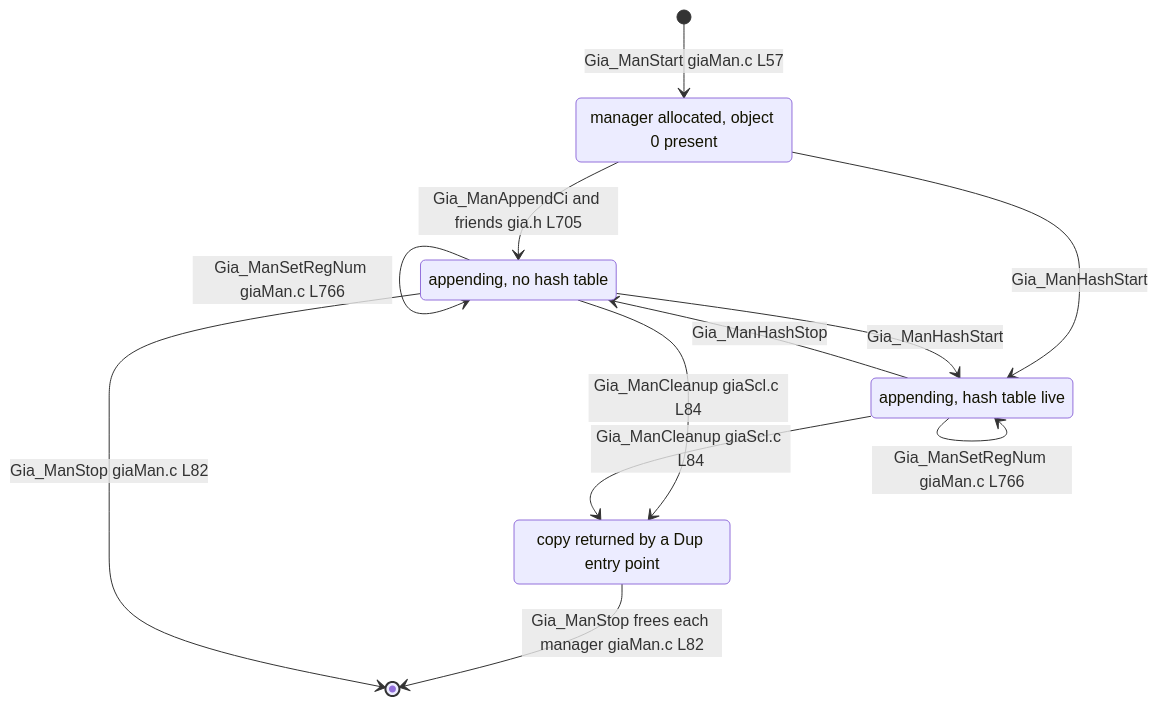
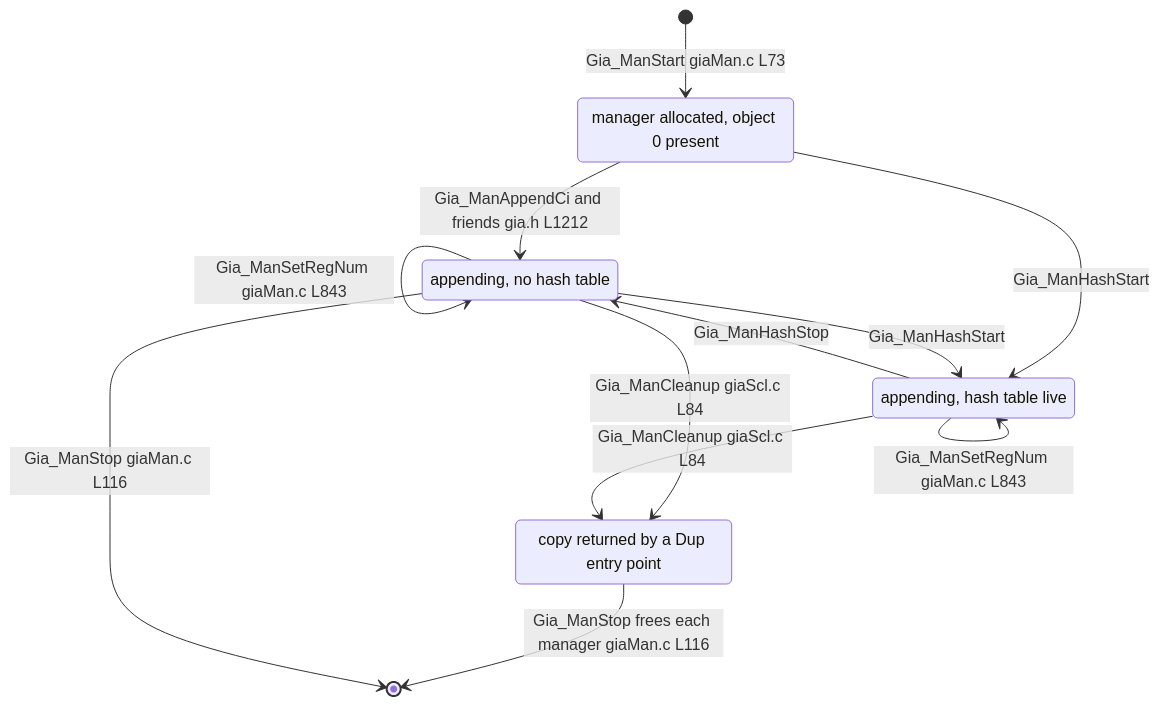
Before and after one commit to blitzy-research/abc: the tenth of 10 diagrams in src/aig/gia/README.md, drawn with Mermaid. The commit also changed other lines of this file and 5 other files, not shown here.

````diff
--- a/src/aig/gia/README.md
+++ b/src/aig/gia/README.md
@@ -1121,18 +1122,18 @@
 ```mermaid
 stateDiagram-v2
     state "manager allocated, object 0 present" as Empty
     state "appending, no hash table" as Building
     state "appending, hash table live" as Hashed
     state "copy returned by a Dup entry point" as Copied
-    [*] --> Empty : Gia_ManStart giaMan.c L57
-    Empty --> Building : Gia_ManAppendCi and friends gia.h L705
+    [*] --> Empty : Gia_ManStart giaMan.c L73
+    Empty --> Building : Gia_ManAppendCi and friends gia.h L1212
     Empty --> Hashed : Gia_ManHashStart
     Building --> Hashed : Gia_ManHashStart
     Hashed --> Building : Gia_ManHashStop
-    Building --> Building : Gia_ManSetRegNum giaMan.c L766
-    Hashed --> Hashed : Gia_ManSetRegNum giaMan.c L766
+    Building --> Building : Gia_ManSetRegNum giaMan.c L843
+    Hashed --> Hashed : Gia_ManSetRegNum giaMan.c L843
     Building --> Copied : Gia_ManCleanup giaScl.c L84
     Hashed --> Copied : Gia_ManCleanup giaScl.c L84
-    Copied --> [*] : Gia_ManStop frees each manager giaMan.c L82
-    Building --> [*] : Gia_ManStop giaMan.c L82
+    Copied --> [*] : Gia_ManStop frees each manager giaMan.c L116
+    Building --> [*] : Gia_ManStop giaMan.c L116
 ```
````
